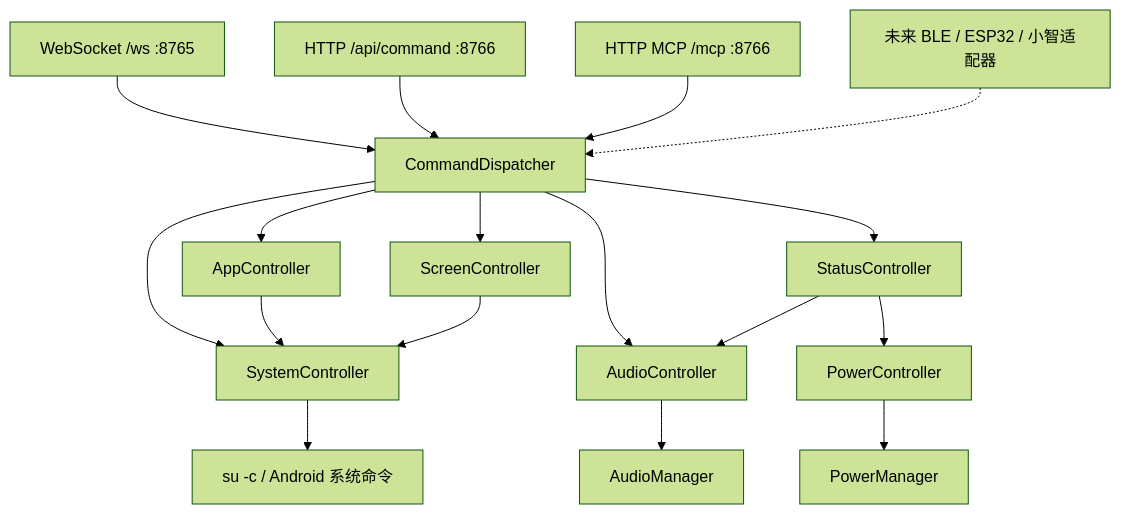
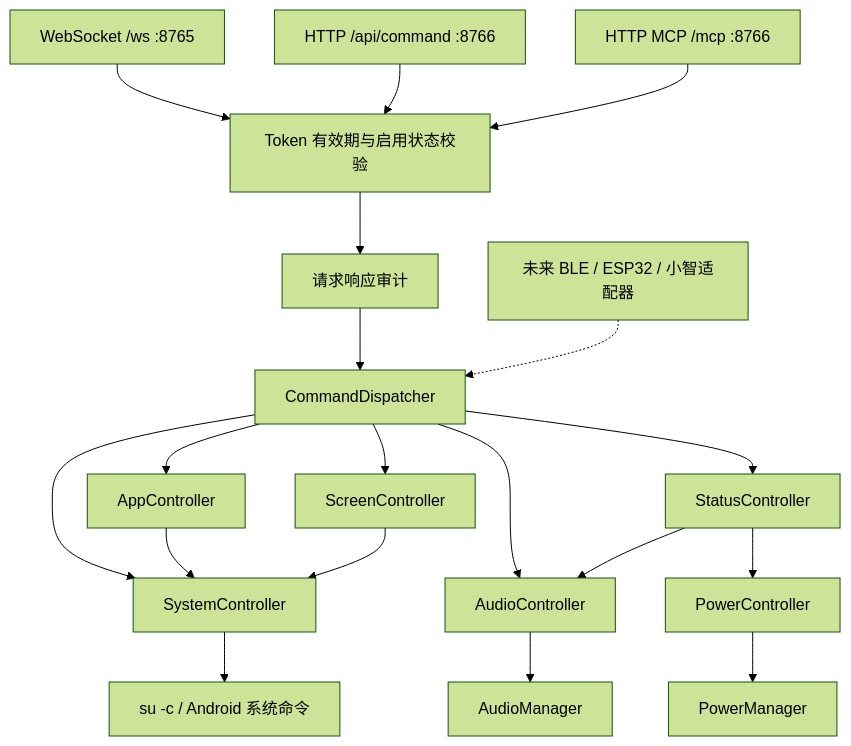
The diagram in docs/ARCHITECTURE.md (Ronnie2026/AndroidPhonePilot), drawn with Mermaid (forest theme) before and after one commit. The commit also changed other lines of this file and 15 other files, not shown here.

Commit message:
Add expiring API tokens and per-token audit statistics with Tencent XLog

````diff
--- a/docs/ARCHITECTURE.md
+++ b/docs/ARCHITECTURE.md
@@ -5,19 +5,21 @@
 ```mermaid
 flowchart TD
-    WS[WebSocket /ws :8765] --> D[CommandDispatcher]
-    HTTP[HTTP /api/command :8766] --> D
-    MCP[HTTP MCP /mcp :8766] --> D
+    WS[WebSocket /ws :8765] --> Gate[Token 有效期与启用状态校验]
+    Gate --> Audit[请求响应审计]
+    Audit --> D[CommandDispatcher]
+    HTTP[HTTP /api/command :8766] --> Gate
+    MCP[HTTP MCP /mcp :8766] --> Gate
     Future[未来 BLE / ESP32 / 小智适配器] -.-> D
     D --> App[AppController]
     D --> Screen[ScreenController]
     D --> Audio[AudioController]
     D --> System[SystemController]
     D --> Status[StatusController]
     Status --> Power[PowerController]
     Status --> Audio
     App --> System
     Screen --> System
     System --> SU[su -c / Android 系统命令]
     Audio --> API[AudioManager]
     Power --> PM[PowerManager]
 ```
````
